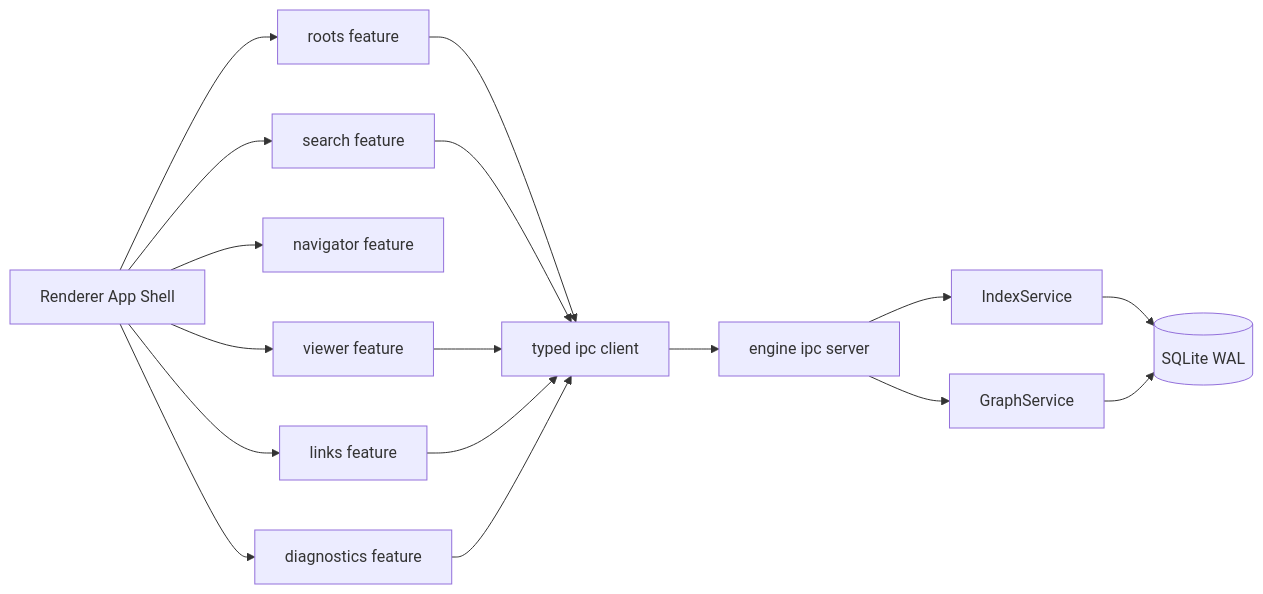
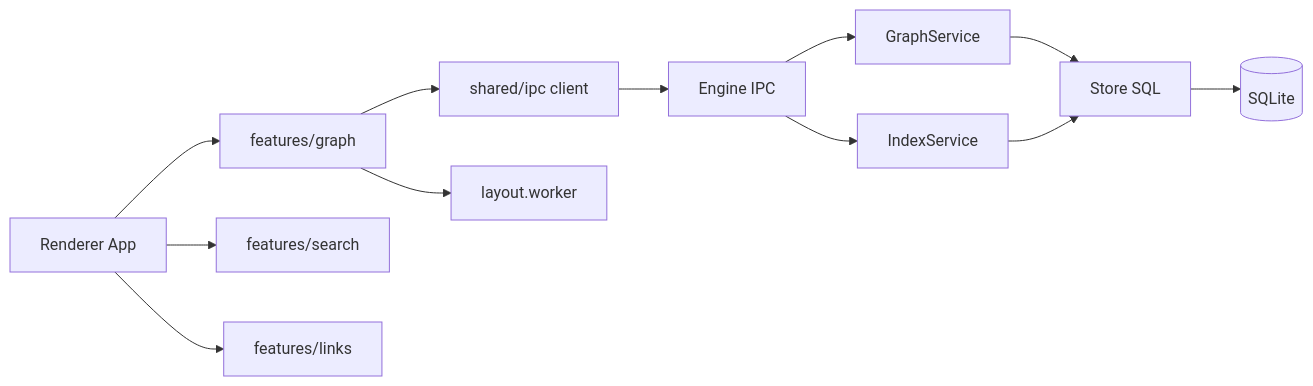
One commit to AutoCookies/nodeveil changed the diagram in docs/ARCHITECTURE.md. Above: the diagram before and after it, drawn with Mermaid. The commit also changed other lines of this file and 27 other files, not shown here.

Commit message:
feat: add phase 4 graph view with worker layout and bounded neighborhood APIs

````diff
--- a/docs/ARCHITECTURE.md
+++ b/docs/ARCHITECTURE.md
@@ -3,20 +3,14 @@
 ```mermaid
 flowchart LR
-  APP[Renderer App Shell] --> ROOTS[roots feature]
-  APP --> SEARCH[search feature]
-  APP --> NAV[navigator feature]
-  APP --> VIEWER[viewer feature]
-  APP --> LINKS[links feature]
-  APP --> DIAG[diagnostics feature]
-  ROOTS --> IPC[typed ipc client]
-  SEARCH --> IPC
-  VIEWER --> IPC
-  LINKS --> IPC
-  DIAG --> IPC
-  IPC --> ENGINE[engine ipc server]
-  ENGINE --> INDEX[IndexService]
-  ENGINE --> GRAPH[GraphService]
-  INDEX --> STORE
-  GRAPH --> STORE
-  STORE[(SQLite WAL)]
+  APP[Renderer App] --> GRAPH[features/graph]
+  APP --> SEARCH[features/search]
+  APP --> LINKS[features/links]
+  GRAPH --> IPC[shared/ipc client]
+  IPC --> API[Engine IPC]
+  API --> GSV[GraphService]
+  API --> ISV[IndexService]
+  GSV --> STORE[Store SQL]
+  ISV --> STORE
+  STORE --> DB[(SQLite)]
+  GRAPH --> WORKER[layout.worker]
 ```
````
